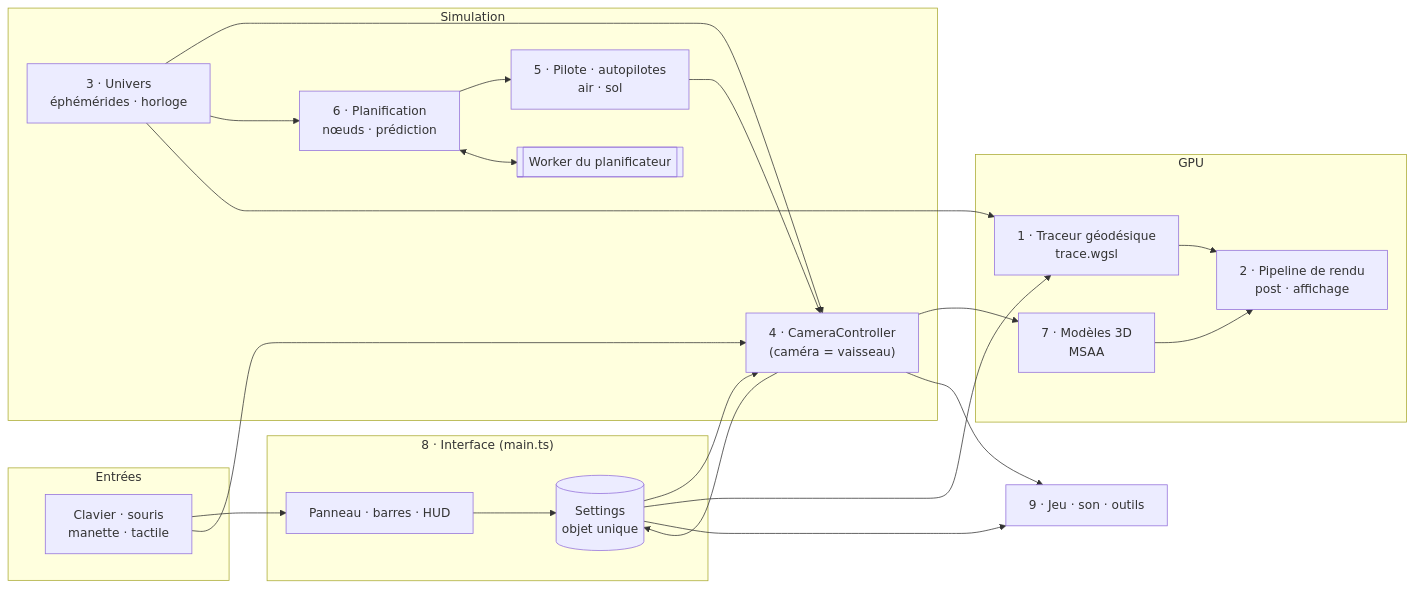
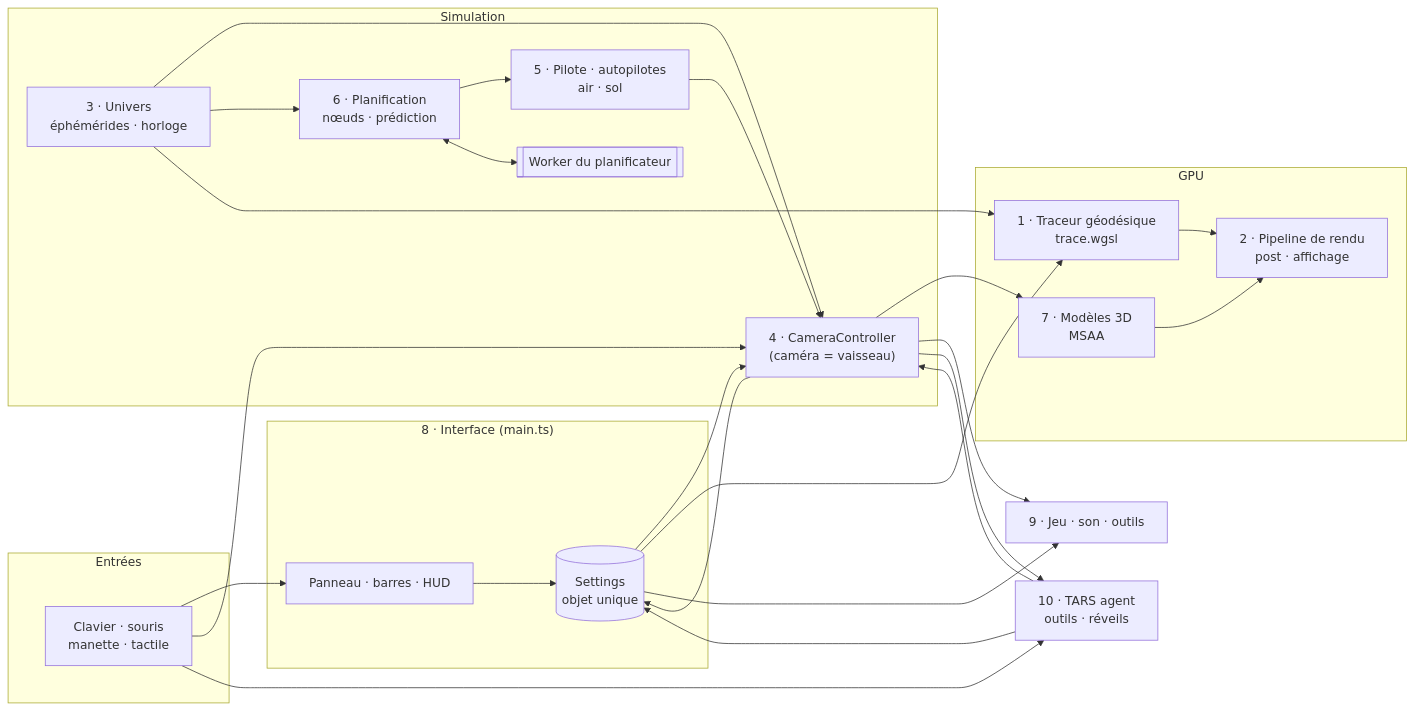
The diagram in docs/systemes/README.md (TheSamLePirate/black-hole-gpu), drawn with Mermaid before and after one commit. The commit also changed other lines of this file and 19 other files, not shown here.

Commit message:
docs: everything current — the presentation and how-to-play pages for the simulator and TARS, a systems sheet for TARS (10) and one for every file added since 2 Oct (11), the README's features, keys and docs, AAA-PROGRESS (TARS agent done), PLAN-TARS-AGENT A9/B7, TARS.md, SOUND.md, todo.md

````diff
--- a/docs/systemes/README.md
+++ b/docs/systemes/README.md
@@ -32,40 +37,45 @@
 ```mermaid
 flowchart LR
   subgraph Entrées
     K[Clavier · souris<br/>manette · tactile]
   end
   subgraph Interface["8 · Interface (main.ts)"]
     S[(Settings<br/>objet unique)]
     UI[Panneau · barres · HUD]
   end
   subgraph Simulation
     C["4 · CameraController<br/>(caméra = vaisseau)"]
     P["5 · Pilote · autopilotes<br/>air · sol"]
     PL["6 · Planification<br/>nœuds · prédiction"]
     W[[Worker du planificateur]]
     U["3 · Univers<br/>éphémérides · horloge"]
   end
   subgraph GPU
     T["1 · Traceur géodésique<br/>trace.wgsl"]
     R["2 · Pipeline de rendu<br/>post · affichage"]
     M["7 · Modèles 3D<br/>MSAA"]
   end
   G["9 · Jeu · son · outils"]
+  AI["10 · TARS agent<br/>outils · réveils"]
 
   K --> UI --> S
   K --> C
   S --> C
   P --> C
   PL --> P
   PL <--> W
   U --> C
   U --> PL
   C --> S
   S --> T
   U --> T
   T --> R
   M --> R
   C --> M
   S --> G
   C --> G
+  K --> AI
+  AI --> C
+  AI --> S
+  C --> AI
 ```
````
